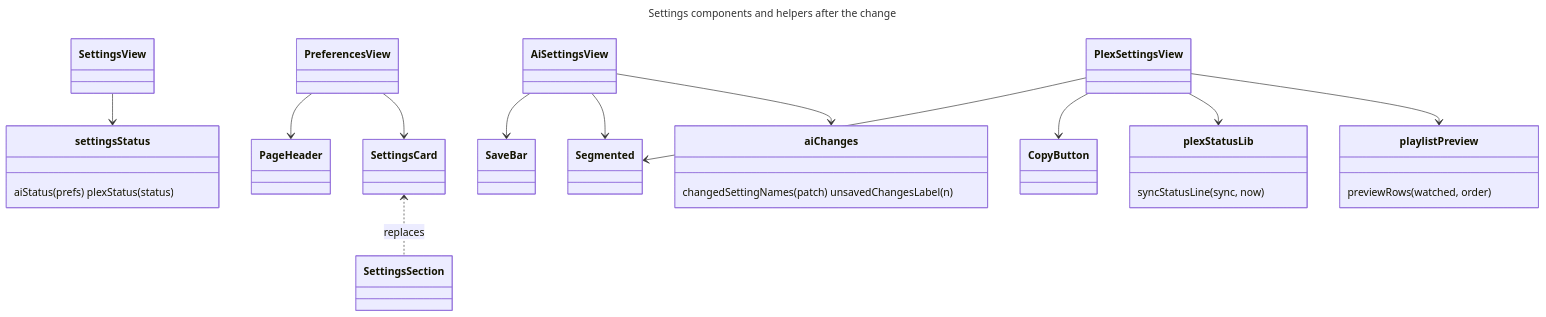
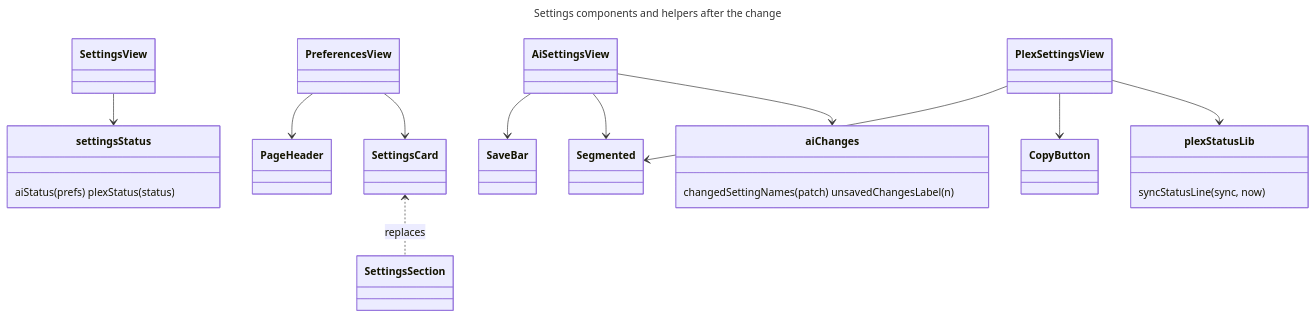
Before and after one commit to sergigp/yarrtube: the first of 4 diagrams in openspec/changes/settings-redesign/design.md, drawn with Mermaid. The commit also changed other lines of this file and 6 other files, not shown here.

Commit message:
Drop the Plex playlist preview and say Remove them from playlist

````diff
--- a/openspec/changes/settings-redesign/design.md
+++ b/openspec/changes/settings-redesign/design.md
@@ -9,34 +9,32 @@
 ```mermaid
 ---
 title: Settings components and helpers after the change
 ---
 classDiagram
   classDef new fill:#d4f5d4,stroke:#2e7d32
   classDef changed fill:#fff1c2,stroke:#b58900
   classDef removed fill:#f8d4d4,stroke:#c62828,stroke-dasharray:4
   class SettingsView:::changed
   class settingsStatus:::new { aiStatus(prefs) plexStatus(status) }
   class SettingsCard:::new
   class SettingsSection:::removed
   class PageHeader:::new
   class Segmented:::new
   class SaveBar:::new
   class CopyButton:::new
   class aiChanges:::new { changedSettingNames(patch) unsavedChangesLabel(n) }
   class plexStatusLib:::changed { syncStatusLine(sync, now) }
-  class playlistPreview:::new { previewRows(watched, order) }
   class PreferencesView:::changed
   class AiSettingsView:::changed
   class PlexSettingsView:::changed
   SettingsView --> settingsStatus
   PreferencesView --> PageHeader
   PreferencesView --> SettingsCard
   AiSettingsView --> SaveBar
   AiSettingsView --> Segmented
   AiSettingsView --> aiChanges
   PlexSettingsView --> Segmented
   PlexSettingsView --> CopyButton
   PlexSettingsView --> plexStatusLib
-  PlexSettingsView --> playlistPreview
   SettingsCard <.. SettingsSection : replaces
 ```
````
